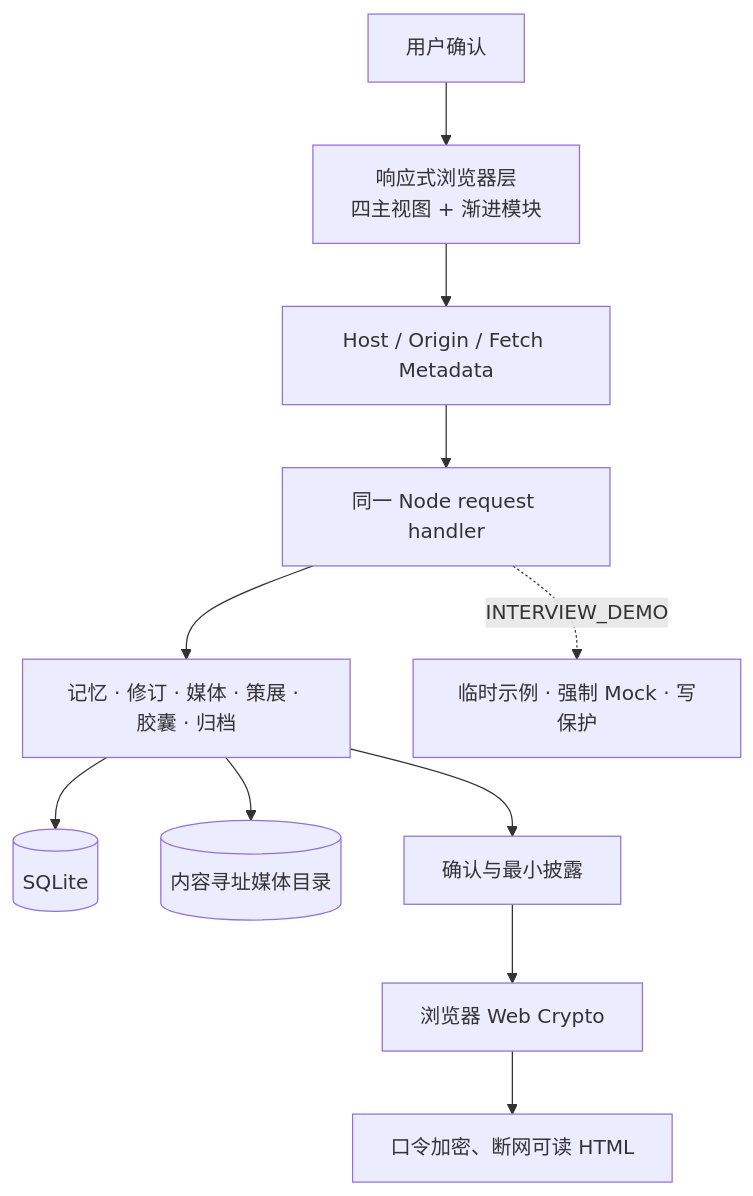
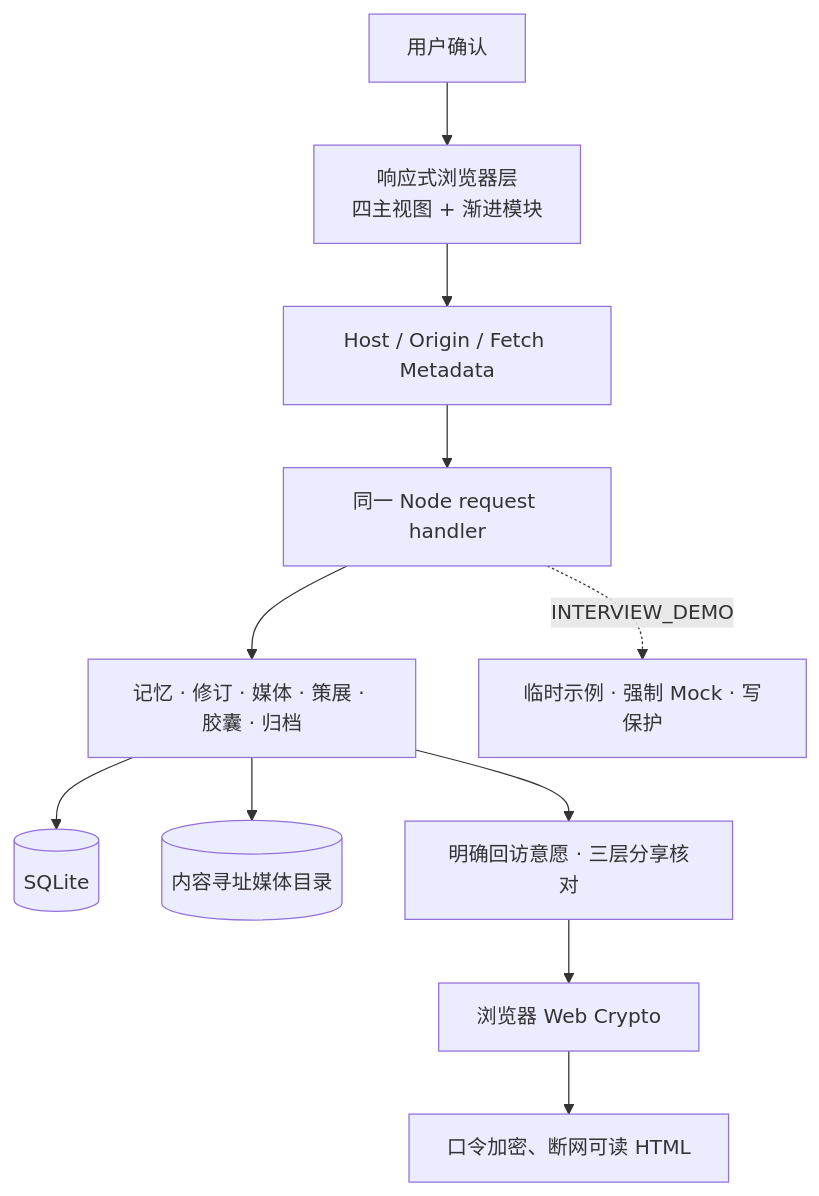
Before and after one commit to JieE-212/AI_memory_museum: the diagram in README.md, drawn with Mermaid. The commit also changed other lines of this file and 45 other files, not shown here.

````diff
--- a/README.md
+++ b/README.md
@@ -49,13 +52,13 @@
 ```mermaid
 flowchart TB
   U["用户确认"] --> B["响应式浏览器层<br/>四主视图 + 渐进模块"]
   B --> S["Host / Origin / Fetch Metadata"]
   S --> H["同一 Node request handler"]
   H --> D["记忆 · 修订 · 媒体 · 策展 · 胶囊 · 归档"]
   D --> DB[("SQLite")]
   D --> FS[("内容寻址媒体目录")]
-  D --> G["确认与最小披露"]
+  D --> G["明确回访意愿 · 三层分享核对"]
   G --> C["浏览器 Web Crypto"]
   C --> O["口令加密、断网可读 HTML"]
   H -. "INTERVIEW_DEMO" .-> X["临时示例 · 强制 Mock · 写保护"]
 ```
````
